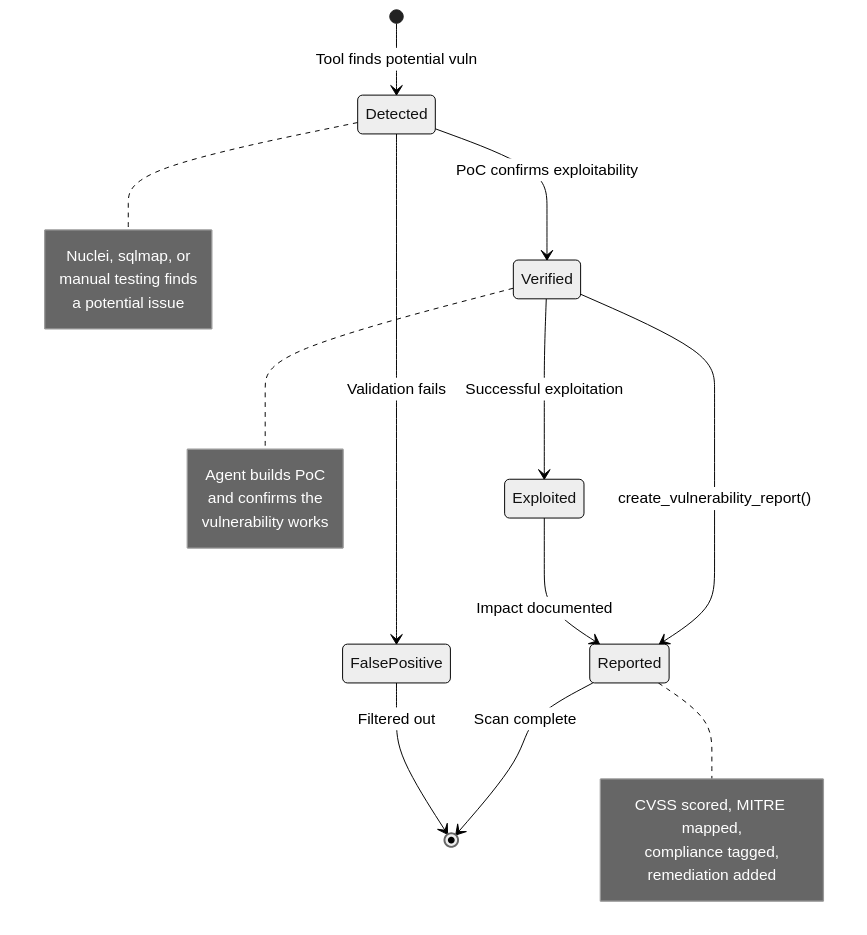
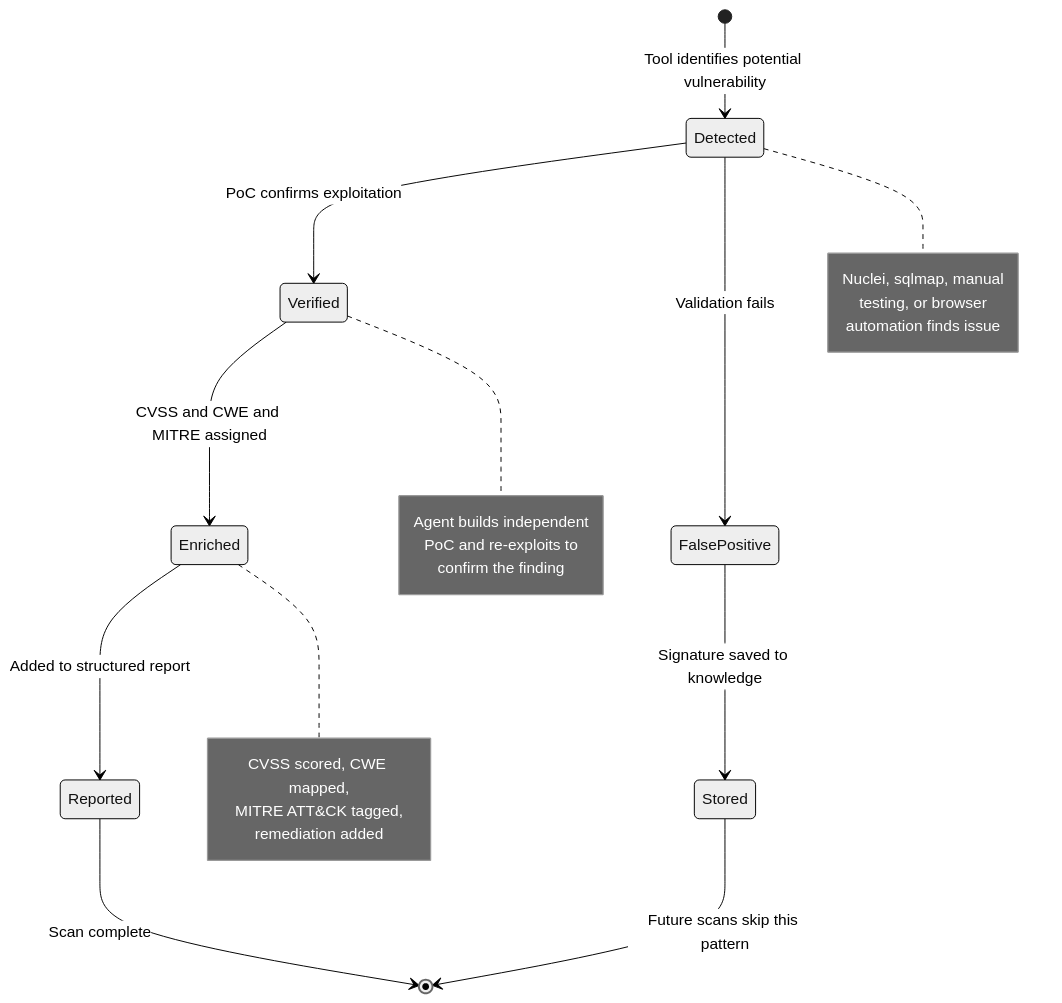
The sixth of 6 diagrams in README.md (Usta0x001/Phantom), drawn with Mermaid (neutral theme) before and after one commit. The commit also changed other lines of this file and 12 other files, not shown here.

````diff
--- a/README.md
+++ b/README.md
@@ -298,33 +324,32 @@
 ```mermaid
 stateDiagram-v2
-    [*] --> Detected: Tool finds potential vuln
-    Detected --> Verified: PoC confirms exploitability
+    [*] --> Detected: Tool identifies potential vulnerability
+    Detected --> Verified: PoC confirms exploitation
     Detected --> FalsePositive: Validation fails
 
-    Verified --> Reported: create_vulnerability_report()
-    Verified --> Exploited: Successful exploitation
+    Verified --> Enriched: CVSS and CWE and MITRE assigned
+    Enriched --> Reported: Added to structured report
 
-    Exploited --> Reported: Impact documented
+    FalsePositive --> Stored: Signature saved to knowledge
+    Stored --> [*]: Future scans skip this pattern
 
     Reported --> [*]: Scan complete
 
-    FalsePositive --> [*]: Filtered out
-
     note right of Detected
-        Nuclei, sqlmap, or
-        manual testing finds
-        a potential issue
+        Nuclei, sqlmap, manual
+        testing, or browser
+        automation finds issue
     end note
 
     note right of Verified
-        Agent builds PoC
-        and confirms the
-        vulnerability works
+        Agent builds independent
+        PoC and re-exploits to
+        confirm the finding
     end note
 
-    note right of Reported
-        CVSS scored, MITRE mapped,
-        compliance tagged,
+    note right of Enriched
+        CVSS scored, CWE mapped,
+        MITRE ATT&CK tagged,
         remediation added
     end note
 ```
````
